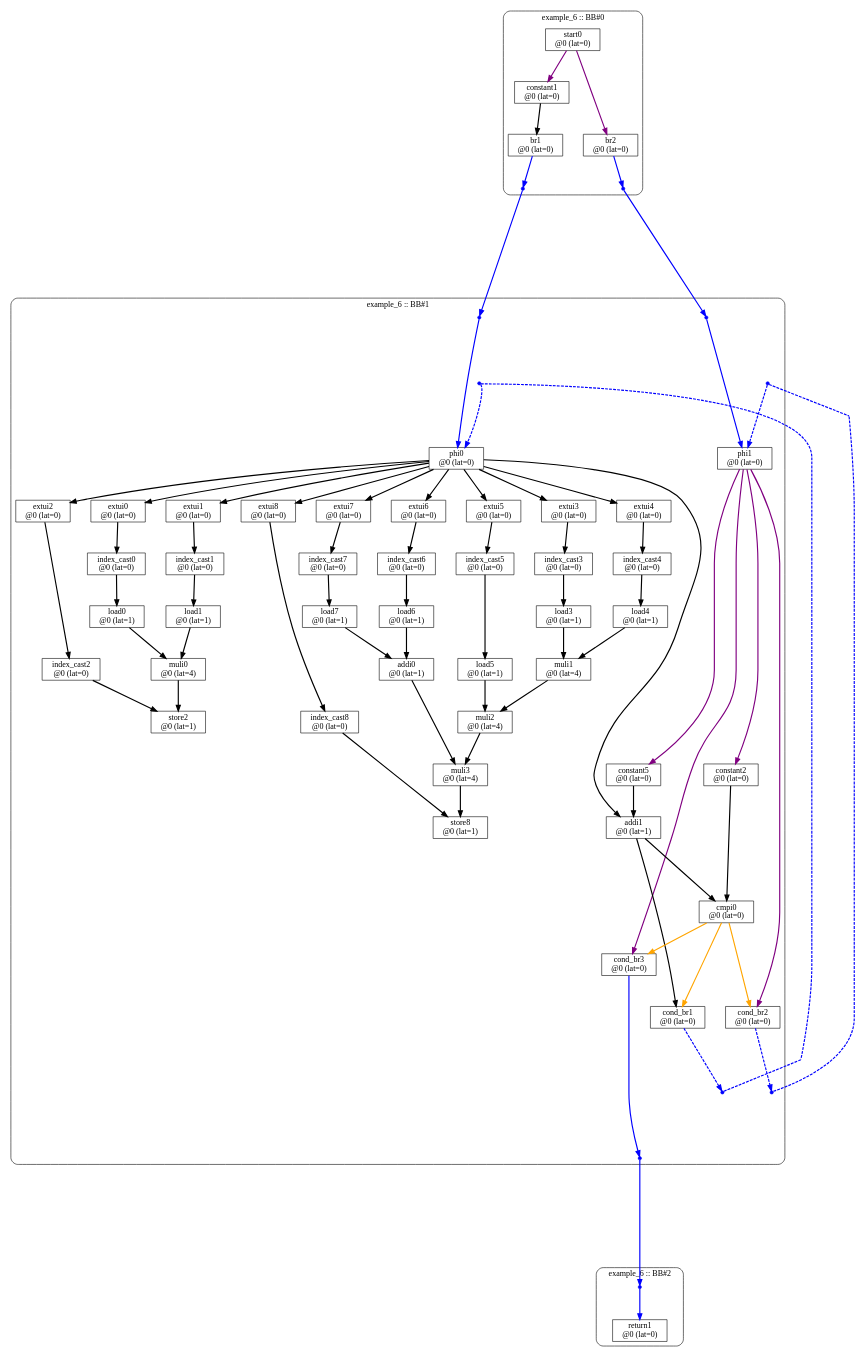
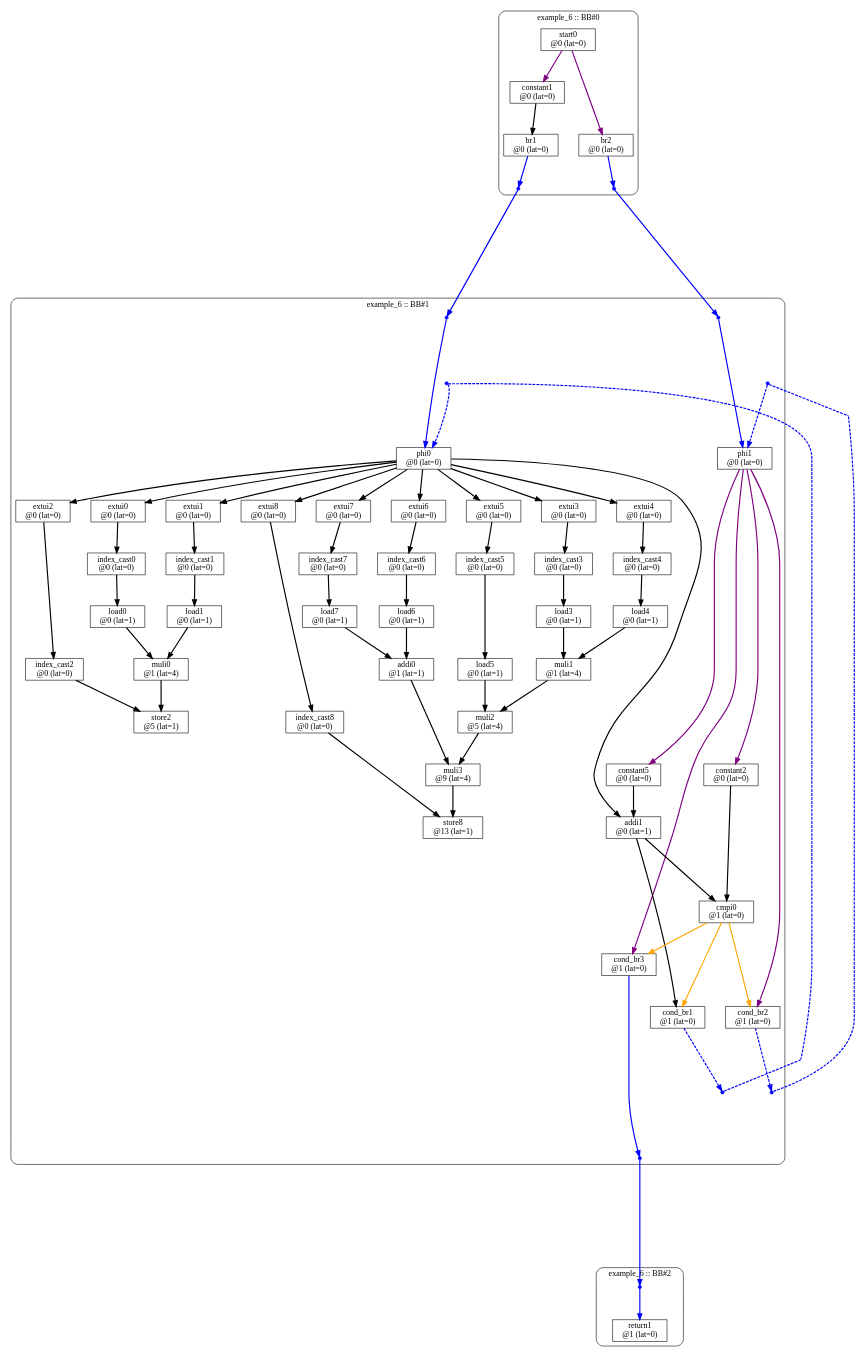
One commit to alecrav/sdc-project1-spring2026 changed the diagram in static-examples/example_6/out/comp/static-scheduling/static-scheduling-asap.dot. Above: the diagram before and after it, drawn with Graphviz. The commit also changed 135 other files, not shown here.

```diff
--- a/static-examples/example_6/out/comp/static-scheduling/static-scheduling-asap.dot
+++ b/static-examples/example_6/out/comp/static-scheduling/static-scheduling-asap.dot
@@ -1,170 +1,170 @@
 digraph ScheduledGraph {
   newrank=true;
   nodesep=0.5;
   ranksep=0.75;
   node [shape=box];
   edge [penwidth=2];
 
   subgraph cluster_example_6_bb0 {
     label="example_6 :: BB#0";
     style=rounded;
 
 
     start0 [label="start0\n@0 (lat=0)"];
     constant1 [label="constant1\n@0 (lat=0)"];
     br1 [label="br1\n@0 (lat=0)"];
     br2 [label="br2\n@0 (lat=0)"];
     {rank=same; br1; br2;}
     {rank=max; dot_1 [shape=point, width=0.08, color=blue]; dot_3 [shape=point, width=0.08, color=blue];}
 
   }
 
   start0 -> constant1 [color=purple];
   constant1 -> br1;
   start0 -> br2 [color=purple];
 
   subgraph cluster_example_6_bb1 {
     label="example_6 :: BB#1";
     style=rounded;
 
     phi0 [label="phi0\n@0 (lat=0)"];
     phi1 [label="phi1\n@0 (lat=0)"];
     constant2 [label="constant2\n@0 (lat=0)"];
     constant5 [label="constant5\n@0 (lat=0)"];
     extui0 [label="extui0\n@0 (lat=0)"];
     index_cast0 [label="index_cast0\n@0 (lat=0)"];
     load0 [label="load0\n@0 (lat=1)"];
     extui1 [label="extui1\n@0 (lat=0)"];
     index_cast1 [label="index_cast1\n@0 (lat=0)"];
     load1 [label="load1\n@0 (lat=1)"];
-    muli0 [label="muli0\n@0 (lat=4)"];
+    muli0 [label="muli0\n@1 (lat=4)"];
     extui2 [label="extui2\n@0 (lat=0)"];
     index_cast2 [label="index_cast2\n@0 (lat=0)"];
-    store2 [label="store2\n@0 (lat=1)"];
+    store2 [label="store2\n@5 (lat=1)"];
     extui3 [label="extui3\n@0 (lat=0)"];
     index_cast3 [label="index_cast3\n@0 (lat=0)"];
     load3 [label="load3\n@0 (lat=1)"];
     extui4 [label="extui4\n@0 (lat=0)"];
     index_cast4 [label="index_cast4\n@0 (lat=0)"];
     load4 [label="load4\n@0 (lat=1)"];
-    muli1 [label="muli1\n@0 (lat=4)"];
+    muli1 [label="muli1\n@1 (lat=4)"];
     extui5 [label="extui5\n@0 (lat=0)"];
     index_cast5 [label="index_cast5\n@0 (lat=0)"];
     load5 [label="load5\n@0 (lat=1)"];
-    muli2 [label="muli2\n@0 (lat=4)"];
+    muli2 [label="muli2\n@5 (lat=4)"];
     extui6 [label="extui6\n@0 (lat=0)"];
     index_cast6 [label="index_cast6\n@0 (lat=0)"];
     load6 [label="load6\n@0 (lat=1)"];
     extui7 [label="extui7\n@0 (lat=0)"];
     index_cast7 [label="index_cast7\n@0 (lat=0)"];
     load7 [label="load7\n@0 (lat=1)"];
-    addi0 [label="addi0\n@0 (lat=1)"];
-    muli3 [label="muli3\n@0 (lat=4)"];
+    addi0 [label="addi0\n@1 (lat=1)"];
+    muli3 [label="muli3\n@9 (lat=4)"];
     extui8 [label="extui8\n@0 (lat=0)"];
     index_cast8 [label="index_cast8\n@0 (lat=0)"];
-    store8 [label="store8\n@0 (lat=1)"];
+    store8 [label="store8\n@13 (lat=1)"];
     addi1 [label="addi1\n@0 (lat=1)"];
-    cmpi0 [label="cmpi0\n@0 (lat=0)"];
-    cond_br1 [label="cond_br1\n@0 (lat=0)"];
-    cond_br2 [label="cond_br2\n@0 (lat=0)"];
-    cond_br3 [label="cond_br3\n@0 (lat=0)"];
+    cmpi0 [label="cmpi0\n@1 (lat=0)"];
+    cond_br1 [label="cond_br1\n@1 (lat=0)"];
+    cond_br2 [label="cond_br2\n@1 (lat=0)"];
+    cond_br3 [label="cond_br3\n@1 (lat=0)"];
     {rank=min; dot_0 [shape=point, width=0.08, color=blue]; dot_2 [shape=point, width=0.08, color=blue];}
     {rank=same; dot_6 [shape=point, width=0.08, color=blue]; dot_9 [shape=point, width=0.08, color=blue];}
     dot_0 -> dot_6 [style=invis, minlen=2];
     {rank=same; phi0; phi1;}
     dot_6 -> phi0 [style=invis, minlen=2];
     {rank=same; cond_br3;}
     {rank=same; cond_br1; cond_br2;}
     store2 -> cond_br3 [style=invis, minlen=3];
     store8 -> cond_br3 [style=invis, minlen=3];
     cond_br3 -> cond_br2 [style=invis];
     cond_br2 -> dot_7 [style=invis, minlen=2];
     {rank=same; dot_7 [shape=point, width=0.08, color=blue]; dot_10 [shape=point, width=0.08, color=blue];}
     {rank=max; dot_5 [shape=point, width=0.08, color=blue];}
     dot_7 -> dot_5 [style=invis, minlen=2];
 
   }
 
   phi1 -> constant2 [color=purple];
   phi1 -> constant5 [color=purple];
   phi0 -> extui0;
   extui0 -> index_cast0;
   index_cast0 -> load0;
   phi0 -> extui1;
   extui1 -> index_cast1;
   index_cast1 -> load1;
   load0 -> muli0;
   load1 -> muli0;
   phi0 -> extui2;
   extui2 -> index_cast2;
   muli0 -> store2;
   index_cast2 -> store2;
   phi0 -> extui3;
   extui3 -> index_cast3;
   index_cast3 -> load3;
   phi0 -> extui4;
   extui4 -> index_cast4;
   index_cast4 -> load4;
   load3 -> muli1;
   load4 -> muli1;
   phi0 -> extui5;
   extui5 -> index_cast5;
   index_cast5 -> load5;
   muli1 -> muli2;
   load5 -> muli2;
   phi0 -> extui6;
   extui6 -> index_cast6;
   index_cast6 -> load6;
   phi0 -> extui7;
   extui7 -> index_cast7;
   index_cast7 -> load7;
   load6 -> addi0;
   load7 -> addi0;
   muli2 -> muli3;
   addi0 -> muli3;
   phi0 -> extui8;
   extui8 -> index_cast8;
   muli3 -> store8;
   index_cast8 -> store8;
   phi0 -> addi1;
   constant5 -> addi1;
   addi1 -> cmpi0;
   constant2 -> cmpi0;
   cmpi0 -> cond_br1 [color=orange];
   addi1 -> cond_br1;
   cmpi0 -> cond_br2 [color=orange];
   phi1 -> cond_br2 [color=purple];
   cmpi0 -> cond_br3 [color=orange];
   phi1 -> cond_br3 [color=purple];
 
   subgraph cluster_example_6_bb2 {
     label="example_6 :: BB#2";
     style=rounded;
 
-    return1 [label="return1\n@0 (lat=0)"];
+    return1 [label="return1\n@1 (lat=0)"];
     {rank=min; dot_4 [shape=point, width=0.08, color=blue];}
 
   }
 
 
   dot_8 [shape=point, width=0, height=0, style=invis];
   dot_11 [shape=point, width=0, height=0, style=invis];
   br1 -> dot_1 [color=blue];
   dot_1 -> dot_0 [color=blue, minlen=4];
   dot_0 -> phi0 [color=blue];
   br2 -> dot_3 [color=blue];
   dot_3 -> dot_2 [color=blue, minlen=4];
   dot_2 -> phi1 [color=blue];
   cond_br3 -> dot_5 [color=blue];
   dot_5 -> dot_4 [color=blue, minlen=4];
   dot_4 -> return1 [color=blue];
   cond_br1 -> dot_7 [color=blue, style=dashed];
   dot_8 -> dot_7 [color=blue, style=dashed, arrowhead=none];
   dot_6 -> dot_8 [color=blue, style=dashed, arrowhead=none];
   dot_6 -> phi0 [color=blue, style=dashed];
   cond_br2 -> dot_10 [color=blue, style=dashed];
   dot_11 -> dot_10 [color=blue, style=dashed, arrowhead=none];
   dot_9 -> dot_11 [color=blue, style=dashed, arrowhead=none];
   dot_9 -> phi1 [color=blue, style=dashed];
 
 }
```
